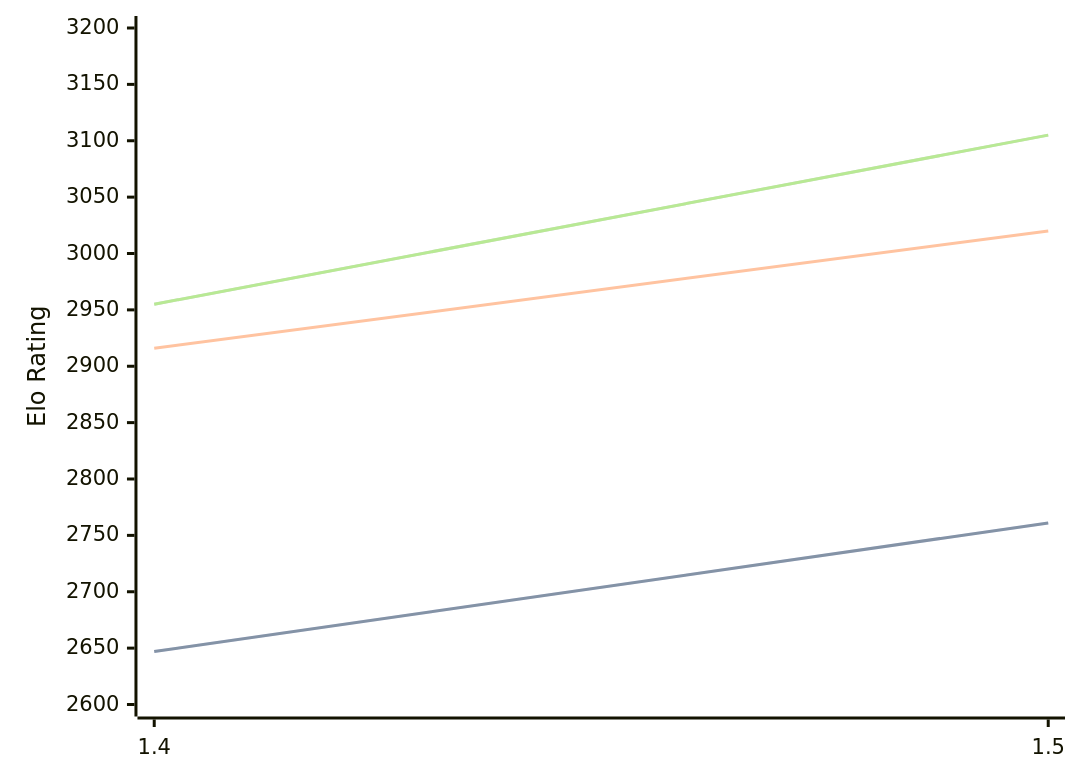
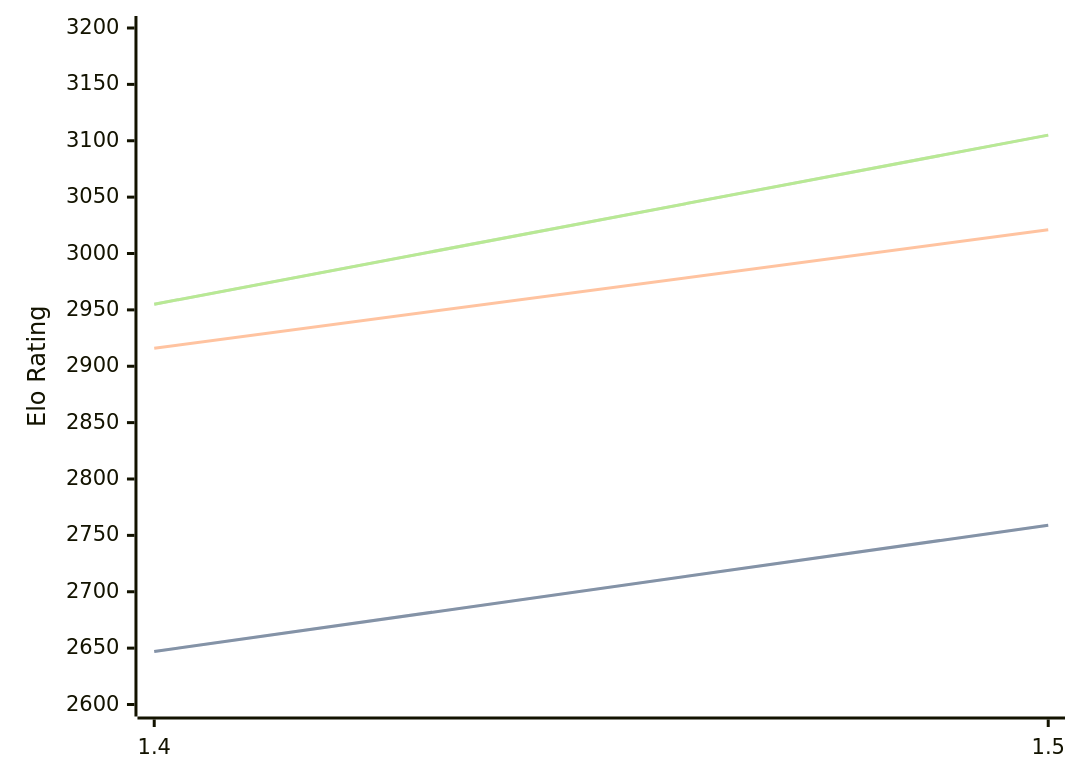
The diagram in engines/Yakka.md (computer-chess-index/cci), drawn with Mermaid before and after one commit. The commit also changed other lines of this file, not shown here.

````diff
--- a/engines/Yakka.md
+++ b/engines/Yakka.md
@@ -32,11 +32,11 @@
 ```mermaid
 %%{init: {"theme":"base","themeVariables":{"seriesColors:['#a3a3a3','#222221','#faa371']}}}%%
 xychart-beta
   x-axis ["1.4", "1.5"]
   y-axis "Elo Rating" 2600 --> 3200
-  line "STC (8.0+0.08s)" [2647, 2761]
-  line "STC (8.0+0.08s)" [2647, 2761]
-  line "LTC (60.0+0.60s)" [2916, 3020]
+  line "STC (8.0+0.08s)" [2647, 2759]
+  line "STC (8.0+0.08s)" [2647, 2759]
+  line "LTC (60.0+0.60s)" [2916, 3021]
   line "VLTC (2m24s+1.12s)" [2955, 3105]
   line "VLTC (2m24s+1.12s)" [2955, 3105]
 ```
````
